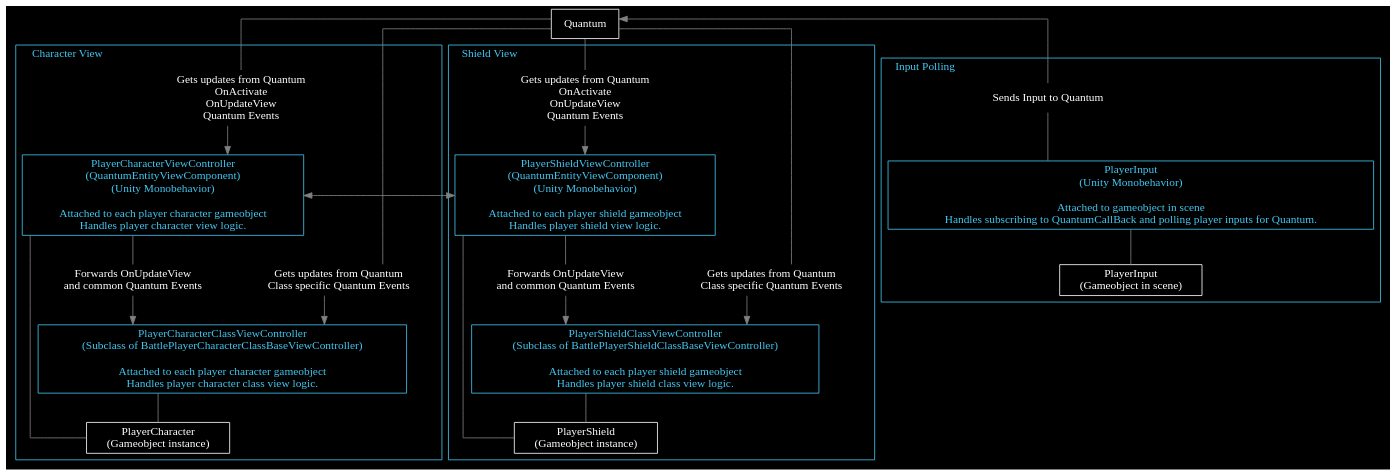
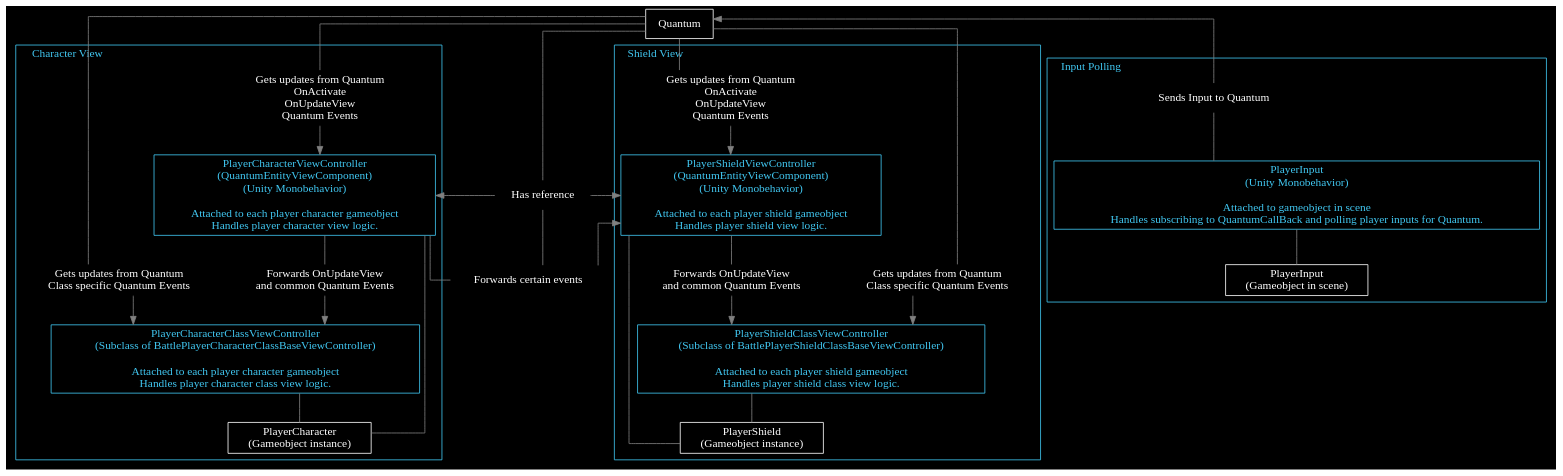
The ninth of 9 diagrams in Doc/Doxygen/Battle/additional-documentation/pages/1-concepts-player-.md (Alt-Org/Altzone), drawn with Graphviz before and after one commit. The commit also changed 44 other files, not shown here.

````diff
--- a/Doc/Doxygen/Battle/additional-documentation/pages/1-concepts-player-.md
+++ b/Doc/Doxygen/Battle/additional-documentation/pages/1-concepts-player-.md
@@ -808,7 +808,12 @@
   node [shape=box, style=filled, color=white, fontcolor=white, fillcolor=black];
   edge [color=gray];
 
-  Quantum                            [label="Quantum"];
+  Quantum   [label="Quantum"];
+
+  node [color=transparent, fontcolor=white];
+
+  Reference [label="Has reference"];
+  Forwards  [label="Forwards certain events"];
 
   subgraph cluster_character {
     color="#41C7F1";
@@ -892,6 +897,17 @@
 
   Quantum -> UpdateCharacterLink, UpdateShieldLink;
   Quantum -> ClassCharacterQuantumLink, ClassShieldQuantumLink;
-  PlayerShieldViewController -> PlayerCharacterViewController [constraint = false, dir=both];
+  Quantum -> Reference;
+  Reference -> Forwards;
+  PlayerCharacterViewController -> Reference [dir=back, constraint=false];
+  PlayerShieldViewController -> Reference [dir=back, constraint=false];
+
+  rank=same;
+  PlayerCharacterViewController;
+  PlayerShieldViewController;
+  Reference;
+
+  PlayerCharacterViewController -> Forwards;
+  PlayerShieldViewController -> Forwards [dir=back];
 }
 ```
````
